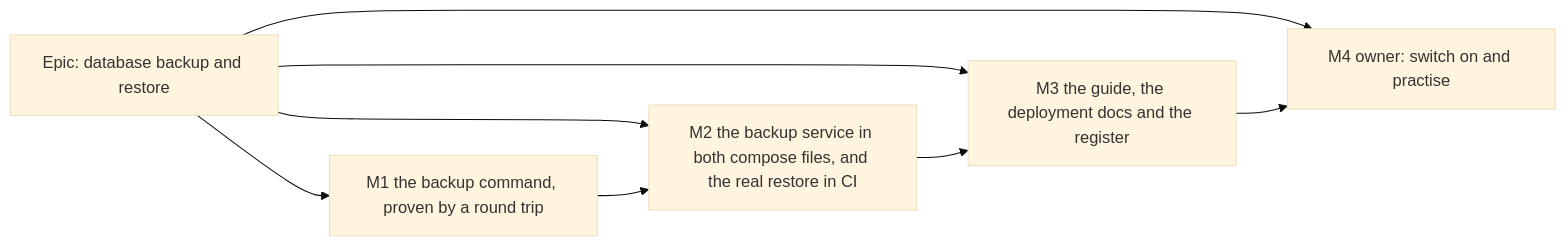
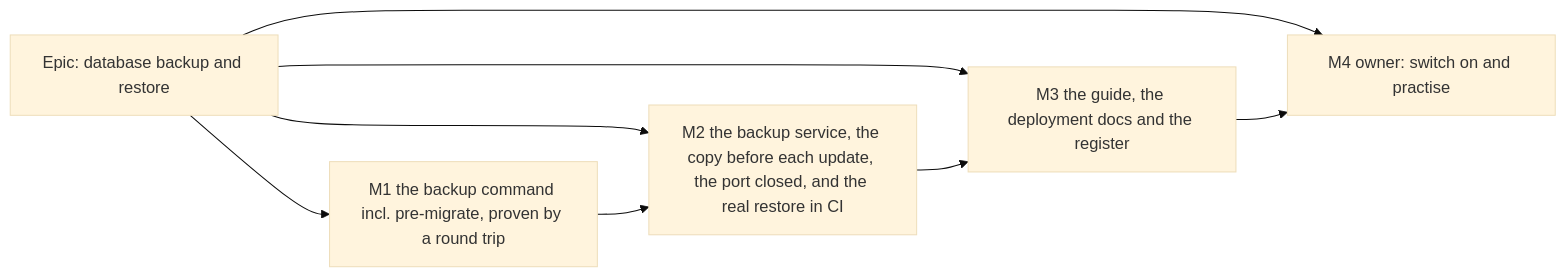
The diagram in docs/specs/database-backup/implementation-plan.md (HuttonHomeHub/SchedulePoint_1), drawn with Mermaid (base theme) before and after one commit. The commit also changed other lines of this file and 3 other files, not shown here.

First line of the commit message:
docs(docs): approve the database backup spec with the owner's answers

````diff
--- a/docs/specs/database-backup/implementation-plan.md
+++ b/docs/specs/database-backup/implementation-plan.md
@@ -9,8 +10,8 @@
 ```mermaid
 flowchart LR
-  E[Epic: database backup and restore] --> M1[M1 the backup command, proven by a round trip]
-  E --> M2[M2 the backup service in both compose files, and the real restore in CI]
+  E[Epic: database backup and restore] --> M1[M1 the backup command incl. pre-migrate, proven by a round trip]
+  E --> M2[M2 the backup service, the copy before each update, the port closed, and the real restore in CI]
   E --> M3[M3 the guide, the deployment docs and the register]
   E --> M4[M4 owner: switch on and practise]
   M1 --> M2 --> M3 --> M4
 ```
````
